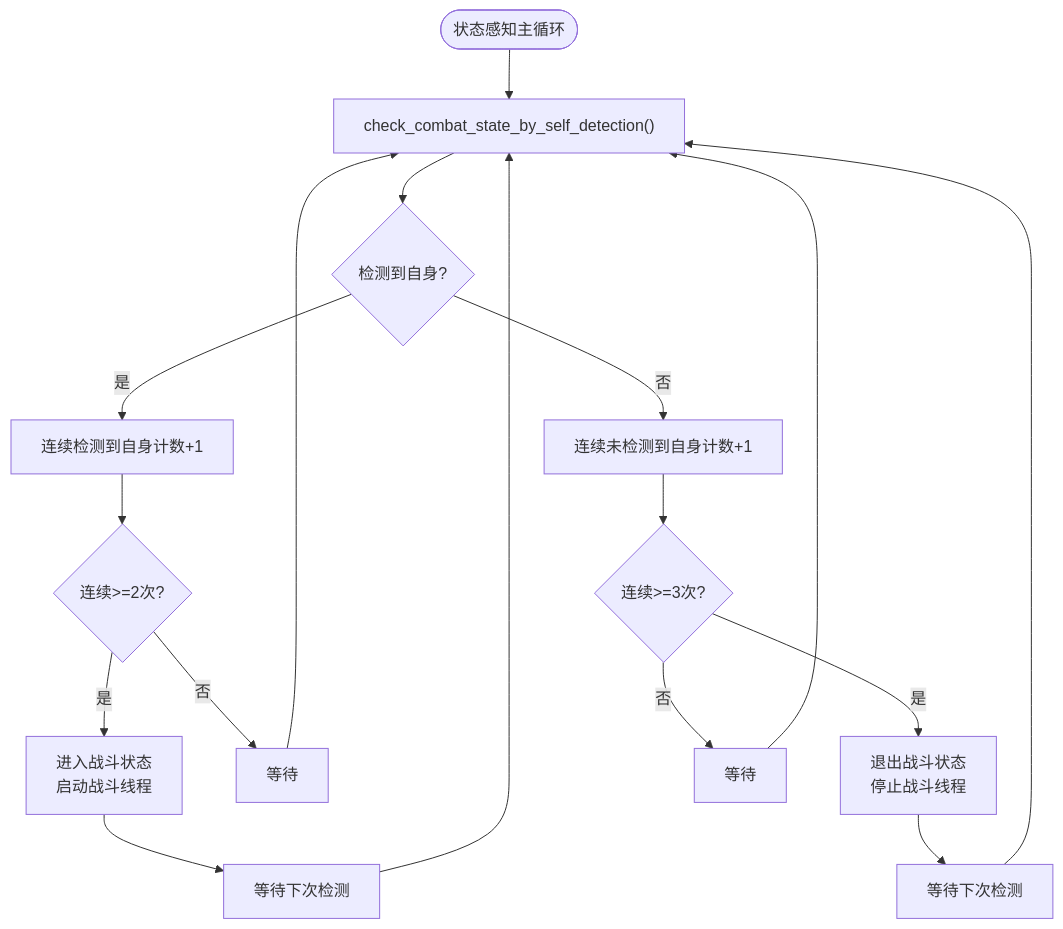
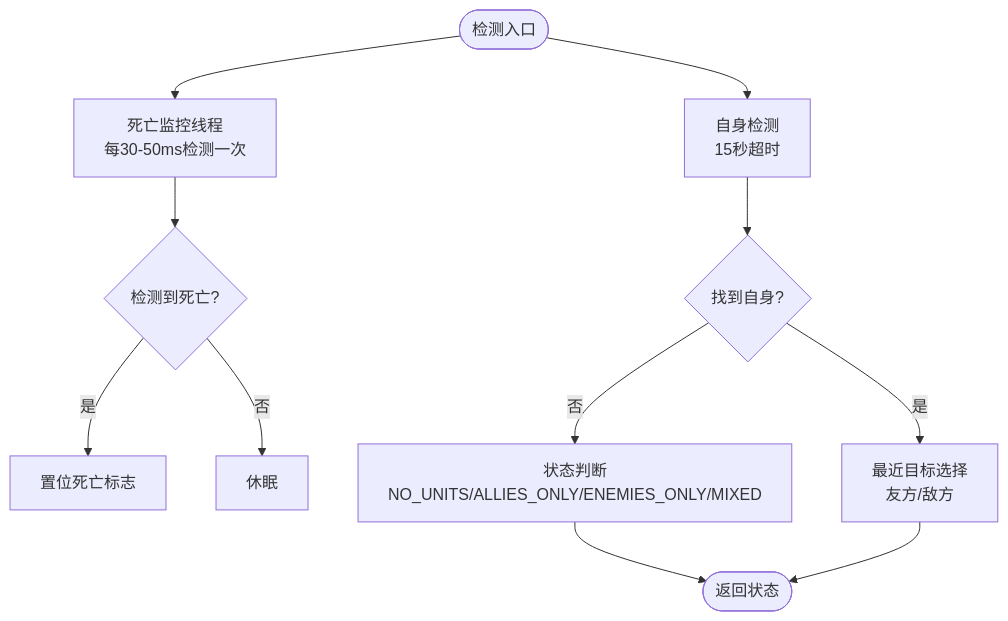
Before and after one commit to xsy098-max/ok-jump: the third of 6 diagrams in .qoder/repowiki/zh/content/战斗系统/战斗系统.md, drawn with Mermaid. The commit also changed other lines of this file and 216 other files, not shown here.

````diff
--- a/.qoder/repowiki/zh/content/战斗系统/战斗系统.md
+++ b/.qoder/repowiki/zh/content/战斗系统/战斗系统.md
@@ -229,19 +163,13 @@
 ```mermaid
 flowchart TD
-Start([状态感知主循环]) --> Detect["check_combat_state_by_self_detection()"]
-Detect --> Found{"检测到自身?"}
-Found --> |是| ConsecutiveFound["连续检测到自身计数+1"]
-ConsecutiveFound --> Threshold1{"连续>=2次?"}
-Threshold1 --> |是| EnterCombat["进入战斗状态<br/>启动战斗线程"]
-Threshold1 --> |否| Wait1["等待"]
-Found --> |否| ConsecutiveNot["连续未检测到自身计数+1"]
-ConsecutiveNot --> Threshold2{"连续>=3次?"}
-Threshold2 --> |是| ExitCombat["退出战斗状态<br/>停止战斗线程"]
-Threshold2 --> |否| Wait2["等待"]
-EnterCombat --> Wait3["等待下次检测"]
-ExitCombat --> Wait4["等待下次检测"]
-Wait1 --> Detect
-Wait2 --> Detect
-Wait3 --> Detect
-Wait4 --> Detect
+Start(["检测入口"]) --> DeathThread["死亡监控线程<br/>每30-50ms检测一次"]
+DeathThread --> DeathFlag{"检测到死亡?"}
+DeathFlag --> |是| SetDeath["置位死亡标志"]
+DeathFlag --> |否| Sleep["休眠"]
+Start --> SelfDetect["自身检测<br/>15秒超时"]
+SelfDetect --> SelfFound{"找到自身?"}
+SelfFound --> |否| BattleState["状态判断<br/>NO_UNITS/ALLIES_ONLY/ENEMIES_ONLY/MIXED"]
+SelfFound --> |是| Nearest["最近目标选择<br/>友方/敌方"]
+BattleState --> End(["返回状态"])
+Nearest --> End
 ```
````
